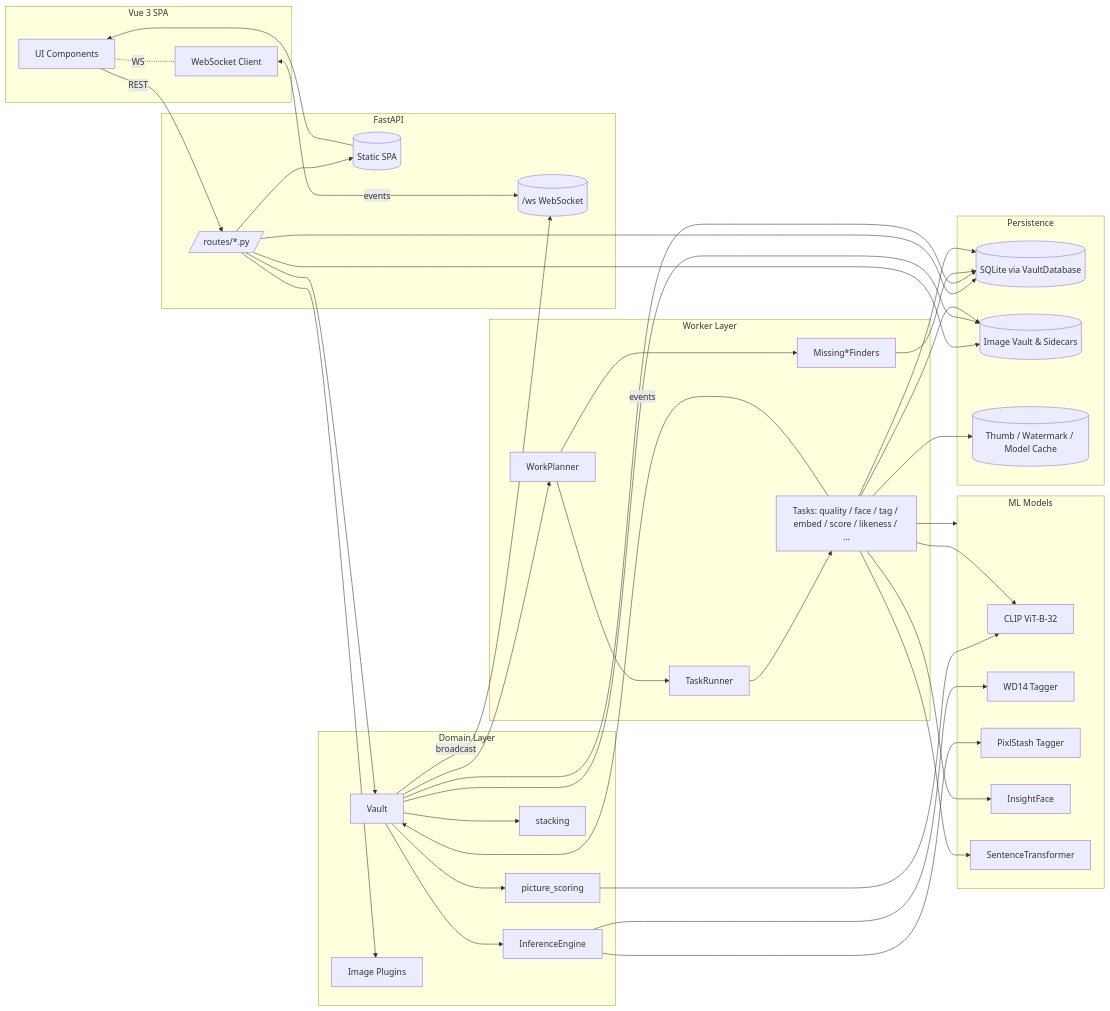
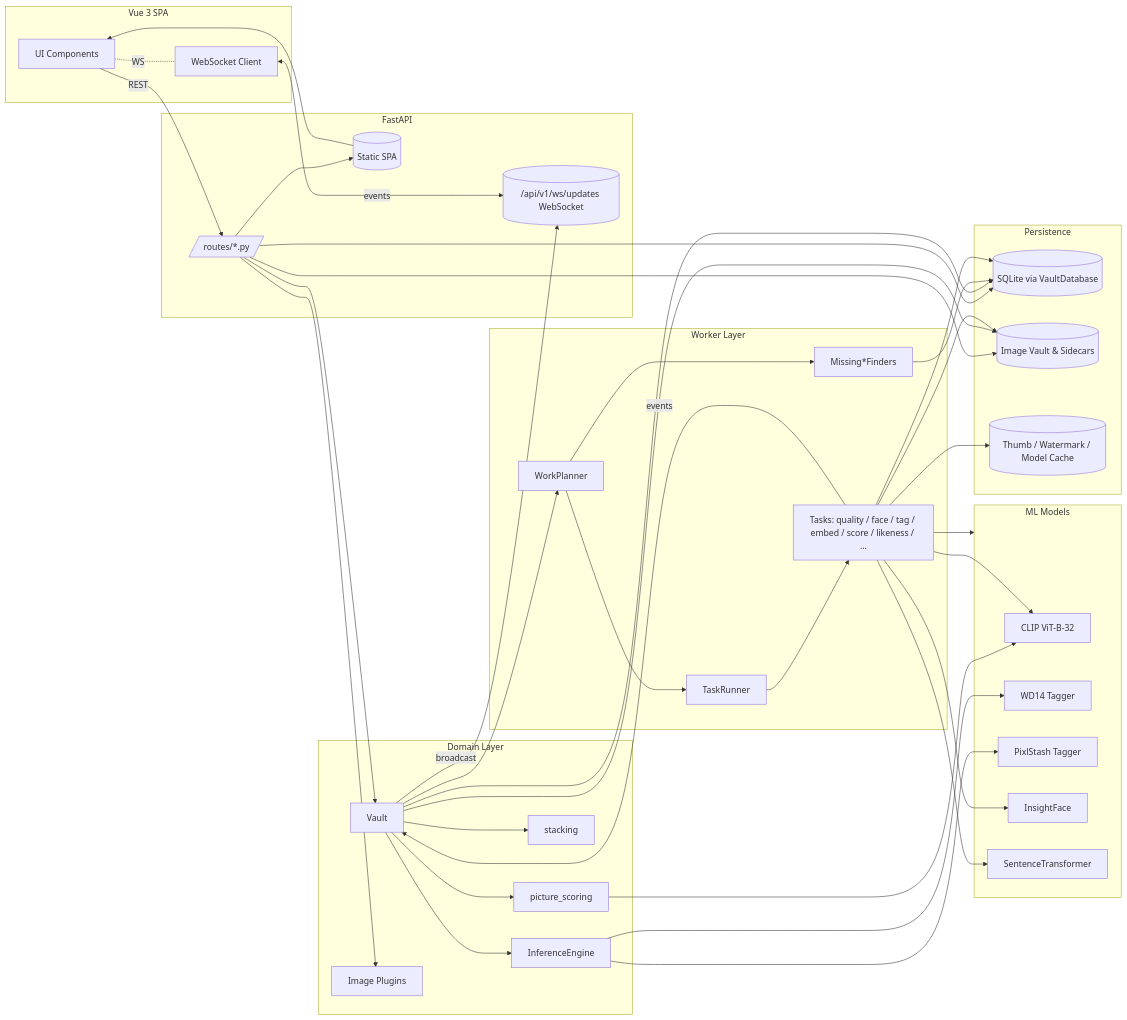
Before and after one commit to Pikselkroken/pixlstash: the first of 3 diagrams in docs/backend_architecture.md, drawn with Mermaid. The commit also changed other lines of this file, not shown here.

Commit message:
Update backend architecture doc further

````diff
--- a/docs/backend_architecture.md
+++ b/docs/backend_architecture.md
@@ -633,77 +637,77 @@
 ```mermaid
 flowchart LR
     subgraph Client["Vue 3 SPA"]
         UI[UI Components]
         WSClient[WebSocket Client]
     end
 
     subgraph API["FastAPI"]
         Routes[/"routes/*.py"/]
-        WS[("/ws WebSocket")]
+        WS[("/api/v1/ws/updates WebSocket")]
         Static[(Static SPA)]
     end
 
     subgraph Domain["Domain Layer"]
         Vault[Vault]
         Engine[InferenceEngine]
         Scoring[picture_scoring]
         Stacking[stacking]
         Plugins[Image Plugins]
     end
 
     subgraph Workers["Worker Layer"]
         Planner[WorkPlanner]
         Runner[TaskRunner]
         Finders[Missing*Finders]
         Tasks[Tasks: quality / face / tag / embed / score / likeness / ...]
     end
 
     subgraph Persistence["Persistence"]
         DB[(SQLite via VaultDatabase)]
         FS[(Image Vault & Sidecars)]
         Cache[(Thumb / Watermark / Model Cache)]
     end
 
     subgraph ML["ML Models"]
         CLIP[CLIP ViT-B-32]
         WD14[WD14 Tagger]
         PixlStash[PixlStash Tagger]
         Insight[InsightFace]
         ST[SentenceTransformer]
     end
 
     UI -->|REST| Routes
     UI -. WS .- WSClient
     WSClient <-->|events| WS
     Routes --> Vault
     Routes --> Plugins
     Routes --> DB
     Routes --> FS
 
     Vault --> DB
     Vault --> FS
     Vault --> Engine
     Vault --> Scoring
     Vault --> Stacking
     Vault --> Planner
 
     Planner --> Finders
     Finders --> DB
     Planner --> Runner
     Runner --> Tasks
     Tasks --> DB
     Tasks --> FS
     Tasks --> Cache
     Tasks --> ML
     Engine --> WD14
     Engine --> PixlStash
     Scoring --> CLIP
     Tasks --> CLIP
     Tasks --> Insight
     Tasks --> ST
 
     Tasks -- events --> Vault
     Vault -- broadcast --> WS
     Routes --> Static
     Static --> UI
 ```
````
